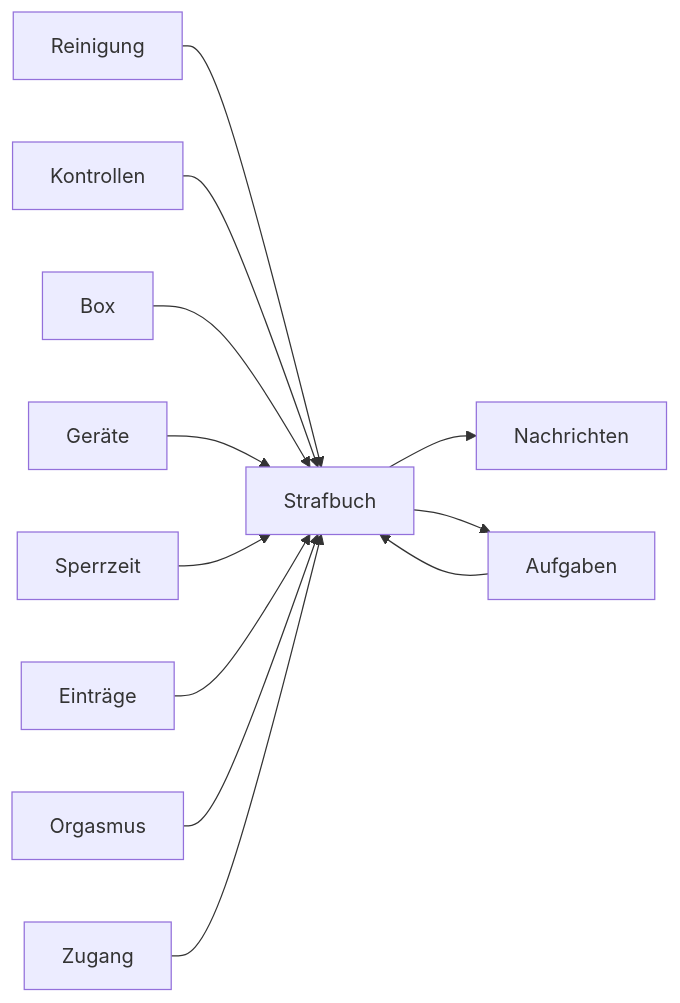
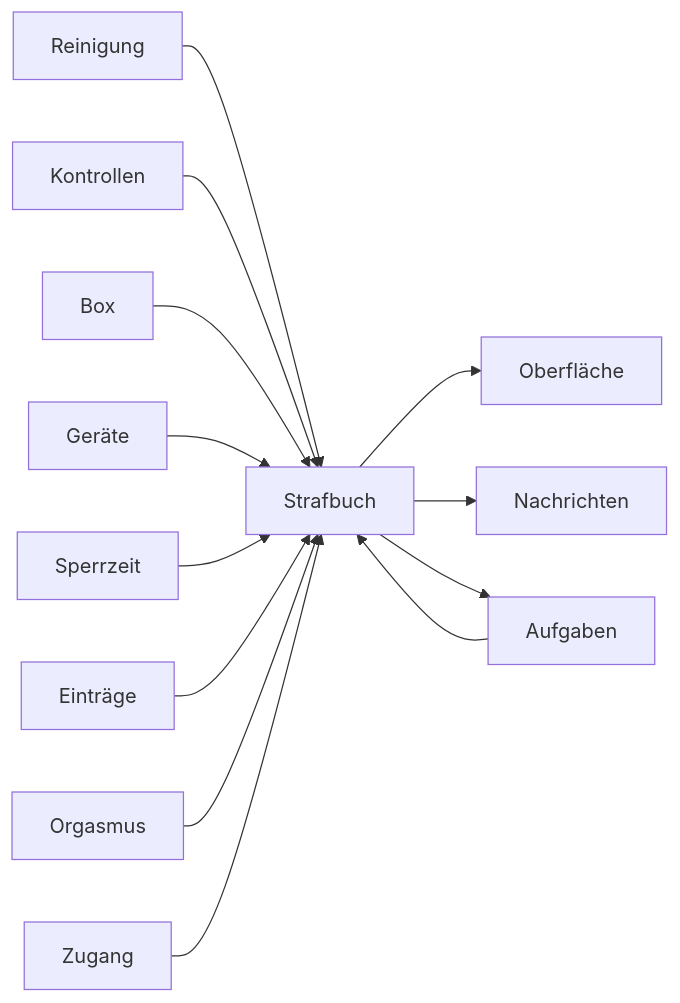
One commit to trublue-2/chastitytracker changed the eighth of 18 diagrams in docs/funktionsmodell/05-abhaengigkeiten.md. Above: the diagram before and after it, drawn with Mermaid. The commit also changed other lines of this file and 34 other files, not shown here.

````diff
--- a/docs/funktionsmodell/05-abhaengigkeiten.md
+++ b/docs/funktionsmodell/05-abhaengigkeiten.md
@@ -356,15 +356,16 @@
 ```mermaid
 flowchart LR
   nStrafbuch["Strafbuch"]
   nReinigung["Reinigung"] --> nStrafbuch
   nKontrollen["Kontrollen"] --> nStrafbuch
   nBox["Box"] --> nStrafbuch
   nGerte["Geräte"] --> nStrafbuch
   nSperrzeit["Sperrzeit"] --> nStrafbuch
   nEintrge["Einträge"] --> nStrafbuch
   nOrgasmus["Orgasmus"] --> nStrafbuch
   nAufgaben["Aufgaben"] --> nStrafbuch
   nZugang["Zugang"] --> nStrafbuch
+  nStrafbuch --> nOberflche["Oberfläche"]
   nStrafbuch --> nNachrichten["Nachrichten"]
   nStrafbuch --> nAufgaben["Aufgaben"]
 ```
````
